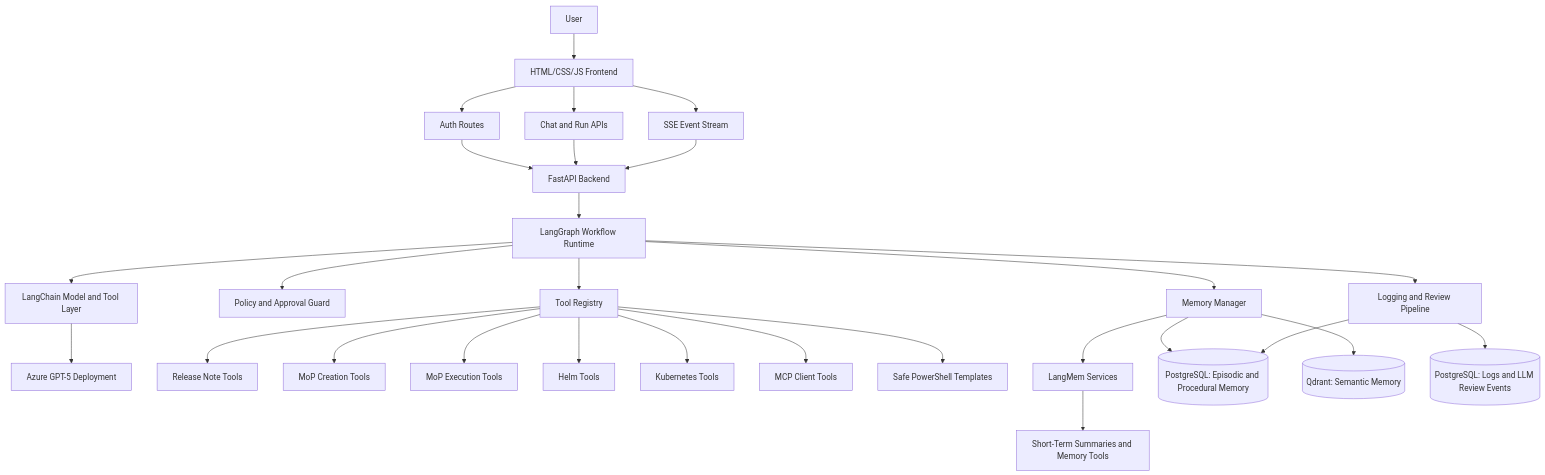
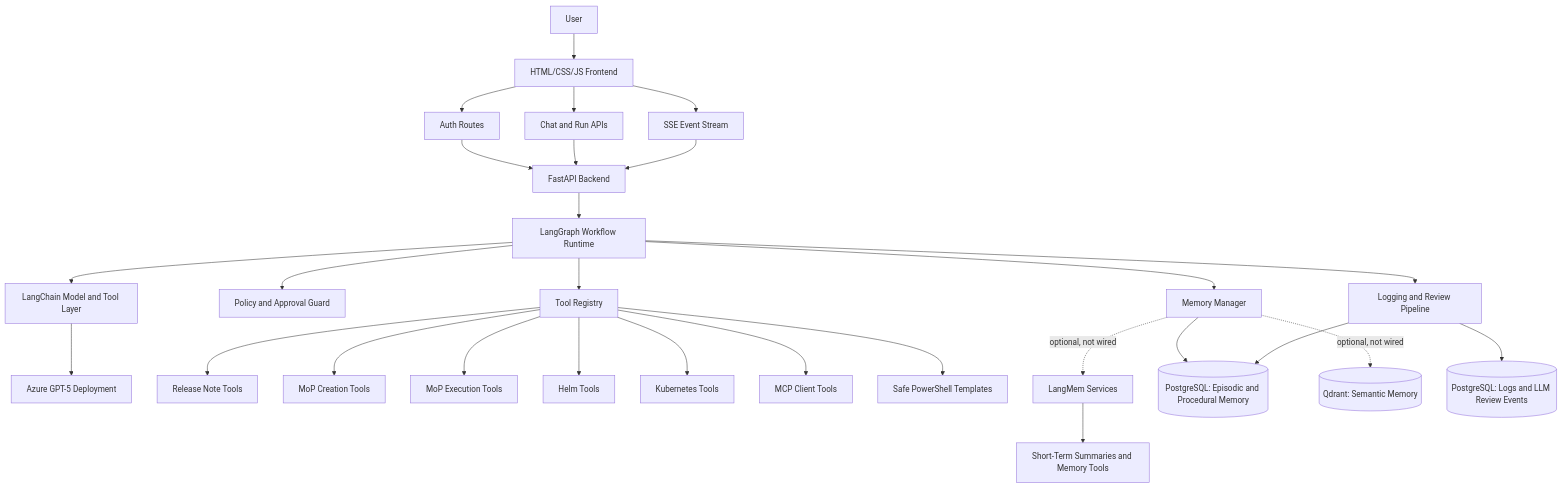
The first of 4 diagrams in knowledge-base/project_architecture_specification.md (aveeshek/bosgenesis-esda), drawn with Mermaid before and after one commit. The commit also changed other lines of this file and 2 other files, not shown here.

Commit message:
Update architecture documentation to current implementation

````diff
--- a/knowledge-base/project_architecture_specification.md
+++ b/knowledge-base/project_architecture_specification.md
@@ -142,36 +141,36 @@
 ```mermaid
 flowchart TD
     U[User] --> FE[HTML/CSS/JS Frontend]
     FE --> AUTH[Auth Routes]
     FE --> CHAT[Chat and Run APIs]
     FE --> SSE[SSE Event Stream]
 
     AUTH --> BE[FastAPI Backend]
     CHAT --> BE
     SSE --> BE
 
     BE --> LG[LangGraph Workflow Runtime]
     LG --> LC[LangChain Model and Tool Layer]
     LC --> GPT[Azure GPT-5 Deployment]
 
     LG --> POLICY[Policy and Approval Guard]
     LG --> TOOLS[Tool Registry]
     LG --> MEM[Memory Manager]
     LG --> LOG[Logging and Review Pipeline]
 
     TOOLS --> RN[Release Note Tools]
     TOOLS --> MOPC[MoP Creation Tools]
     TOOLS --> MOPE[MoP Execution Tools]
     TOOLS --> HELM[Helm Tools]
     TOOLS --> K8S[Kubernetes Tools]
     TOOLS --> MCP[MCP Client Tools]
     TOOLS --> PS[Safe PowerShell Templates]
 
-    MEM --> LM[LangMem Services]
+    MEM -. optional, not wired .-> LM[LangMem Services]
     LM --> STM[Short-Term Summaries and Memory Tools]
     MEM --> PG[(PostgreSQL: Episodic and Procedural Memory)]
-    MEM --> QD[(Qdrant: Semantic Memory)]
+    MEM -. optional, not wired .-> QD[(Qdrant: Semantic Memory)]
 
     LOG --> CH[(PostgreSQL: Logs and LLM Review Events)]
     LOG --> PG
 ```
````
